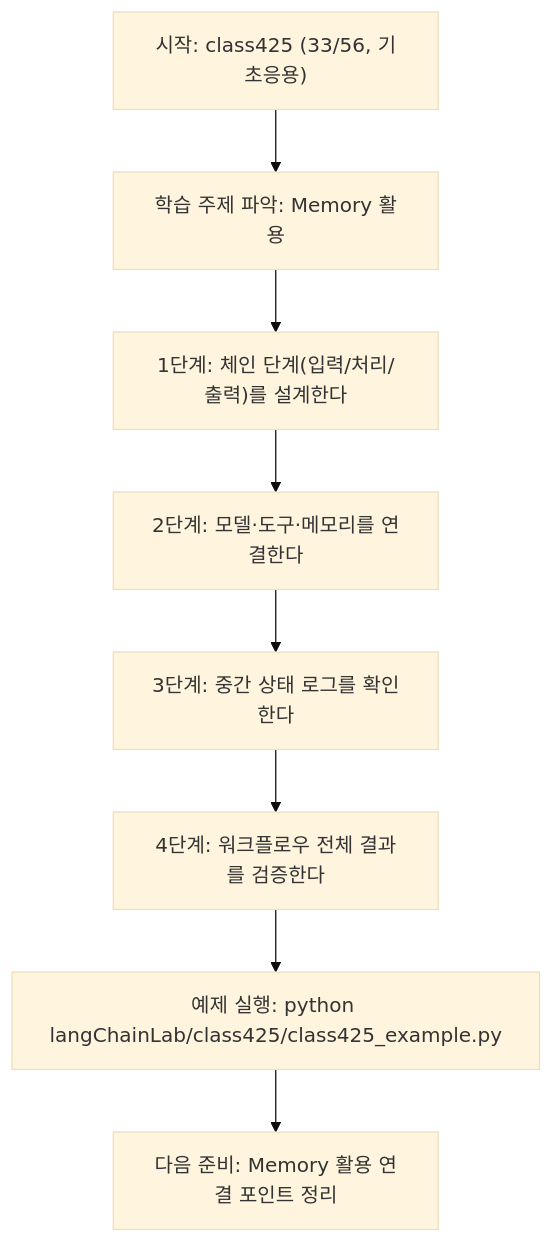
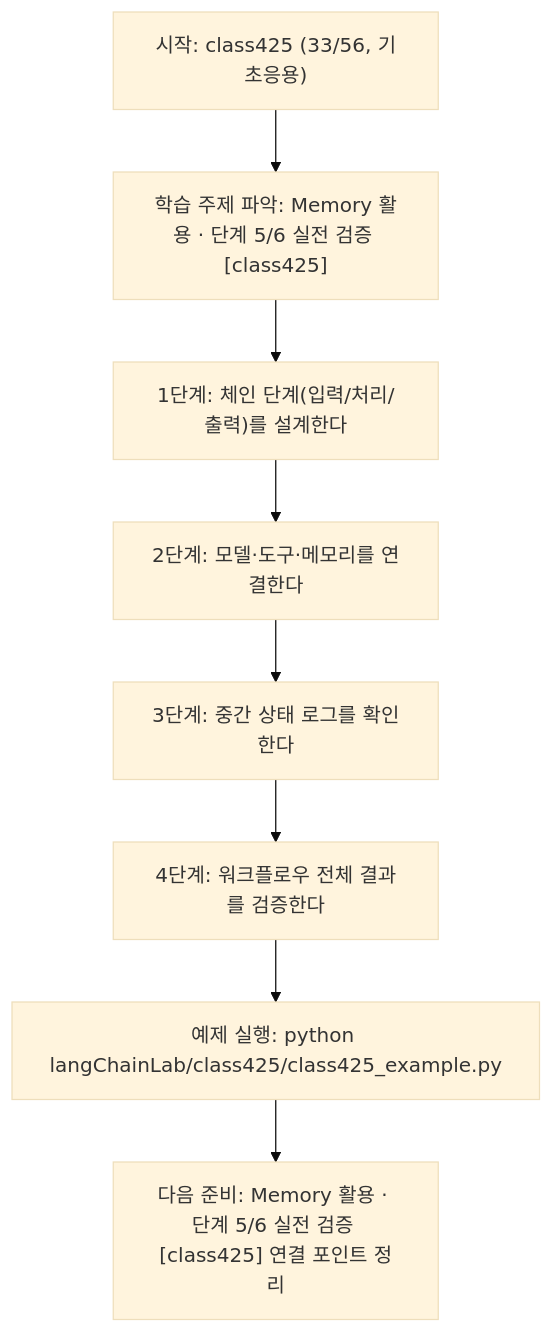
Before and after one commit to edumgt/Python-AI_Agent-Class: the diagram in langChainLab/class425/class425.md, drawn with Mermaid (base theme). The commit also changed other lines of this file and 522 other files, not shown here.

````diff
--- a/langChainLab/class425/class425.md
+++ b/langChainLab/class425/class425.md
@@ -108,18 +109,18 @@
 ```mermaid
 flowchart TD
 N1["시작: class425 (33/56, 기초응용)"]
-N2["학습 주제 파악: Memory 활용"]
+N2["학습 주제 파악: Memory 활용 · 단계 5/6 실전 검증 [class425]"]
 N3["1단계: 체인 단계(입력/처리/출력)를 설계한다"]
 N4["2단계: 모델·도구·메모리를 연결한다"]
 N5["3단계: 중간 상태 로그를 확인한다"]
 N6["4단계: 워크플로우 전체 결과를 검증한다"]
 N7["예제 실행: python langChainLab/class425/class425_example.py"]
-N8["다음 준비: Memory 활용 연결 포인트 정리"]
+N8["다음 준비: Memory 활용 · 단계 5/6 실전 검증 [class425] 연결 포인트 정리"]
 N1 --> N2
 N2 --> N3
 N3 --> N4
 N4 --> N5
 N5 --> N6
 N6 --> N7
 N7 --> N8
 ```
````
